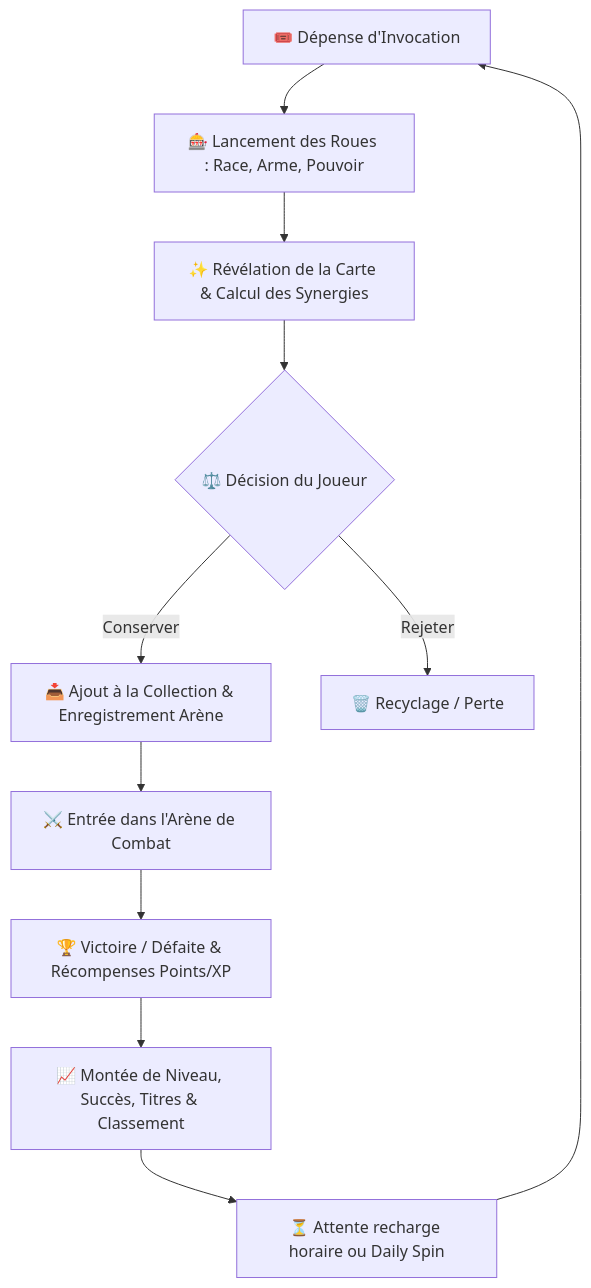
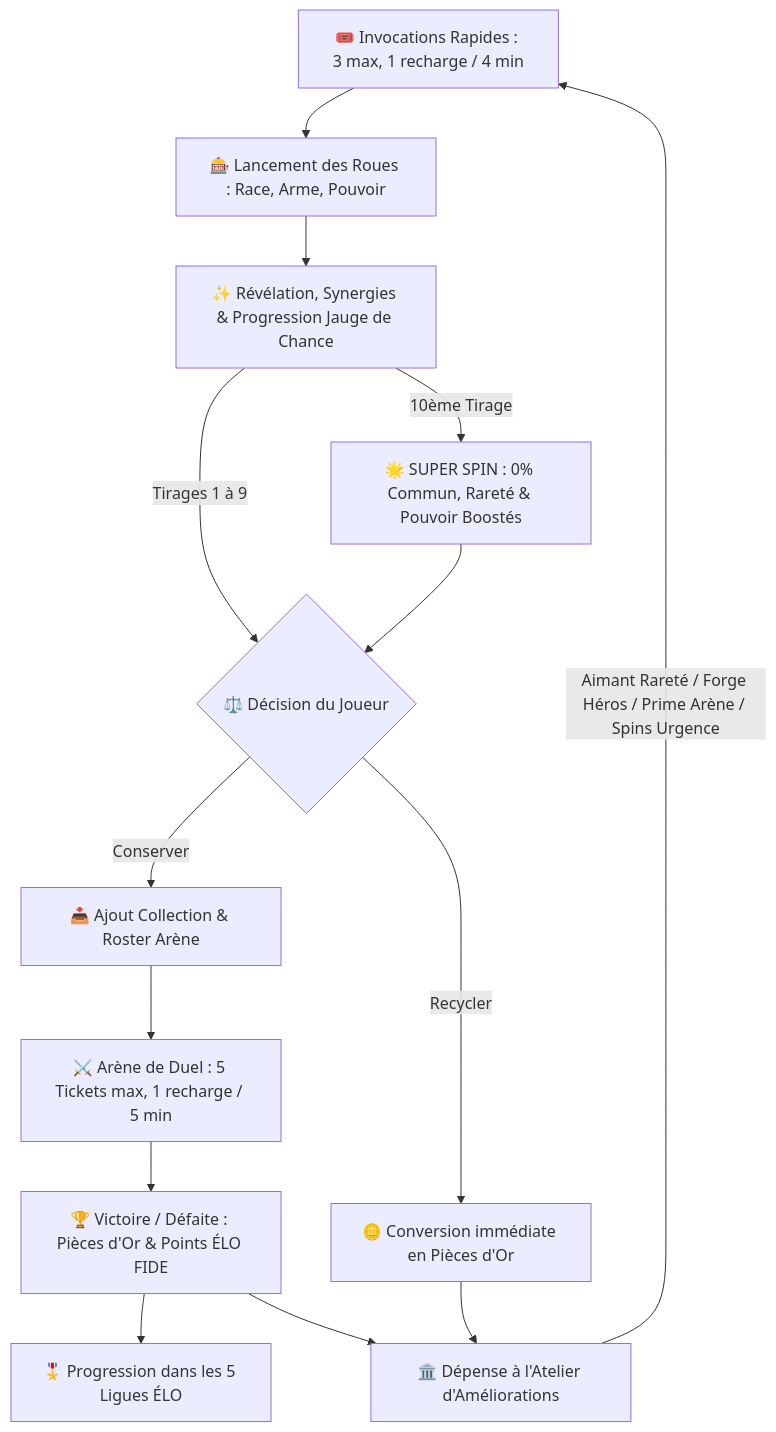
One commit to NathOof30/RNGboyTEST changed the first of 2 diagrams in DOCUMENTATION_DU_JEU.md. Above: the diagram before and after it, drawn with Mermaid. The commit also changed other lines of this file and 4 other files, not shown here.

````diff
--- a/DOCUMENTATION_DU_JEU.md
+++ b/DOCUMENTATION_DU_JEU.md
@@ -67,13 +67,16 @@
 ```mermaid
 graph TD
-    A[🎟️ Dépense d'Invocation] --> B[🎰 Lancement des Roues : Race, Arme, Pouvoir]
-    B --> C[✨ Révélation de la Carte & Calcul des Synergies]
-    C --> D{⚖️ Décision du Joueur}
-    D -->|Conserver| E[📥 Ajout à la Collection & Enregistrement Arène]
-    D -->|Rejeter| F[🗑️ Recyclage / Perte]
-    E --> G[⚔️ Entrée dans l'Arène de Combat]
-    G --> H[🏆 Victoire / Défaite & Récompenses Points/XP]
-    H --> I[📈 Montée de Niveau, Succès, Titres & Classement]
-    I --> J[⏳ Attente recharge horaire ou Daily Spin]
-    J --> A
+    A[🎟️ Invocations Rapides : 3 max, 1 recharge / 4 min] --> B[🎰 Lancement des Roues : Race, Arme, Pouvoir]
+    B --> C[✨ Révélation, Synergies & Progression Jauge de Chance]
+    C -->|Tirages 1 à 9| D{⚖️ Décision du Joueur}
+    C -->|10ème Tirage| P[🌟 SUPER SPIN : 0% Commun, Rareté & Pouvoir Boostés]
+    P --> D
+    D -->|Conserver| E[📥 Ajout Collection & Roster Arène]
+    D -->|Recycler| F[🪙 Conversion immédiate en Pièces d'Or]
+    E --> G[⚔️ Arène de Duel : 5 Tickets max, 1 recharge / 5 min]
+    G --> H[🏆 Victoire / Défaite : Pièces d'Or & Points ÉLO FIDE]
+    H --> L[🎖️ Progression dans les 5 Ligues ÉLO]
+    F --> W[🏛️ Dépense à l'Atelier d'Améliorations]
+    H --> W
+    W -->|Aimant Rareté / Forge Héros / Prime Arène / Spins Urgence| A
 ```
````
